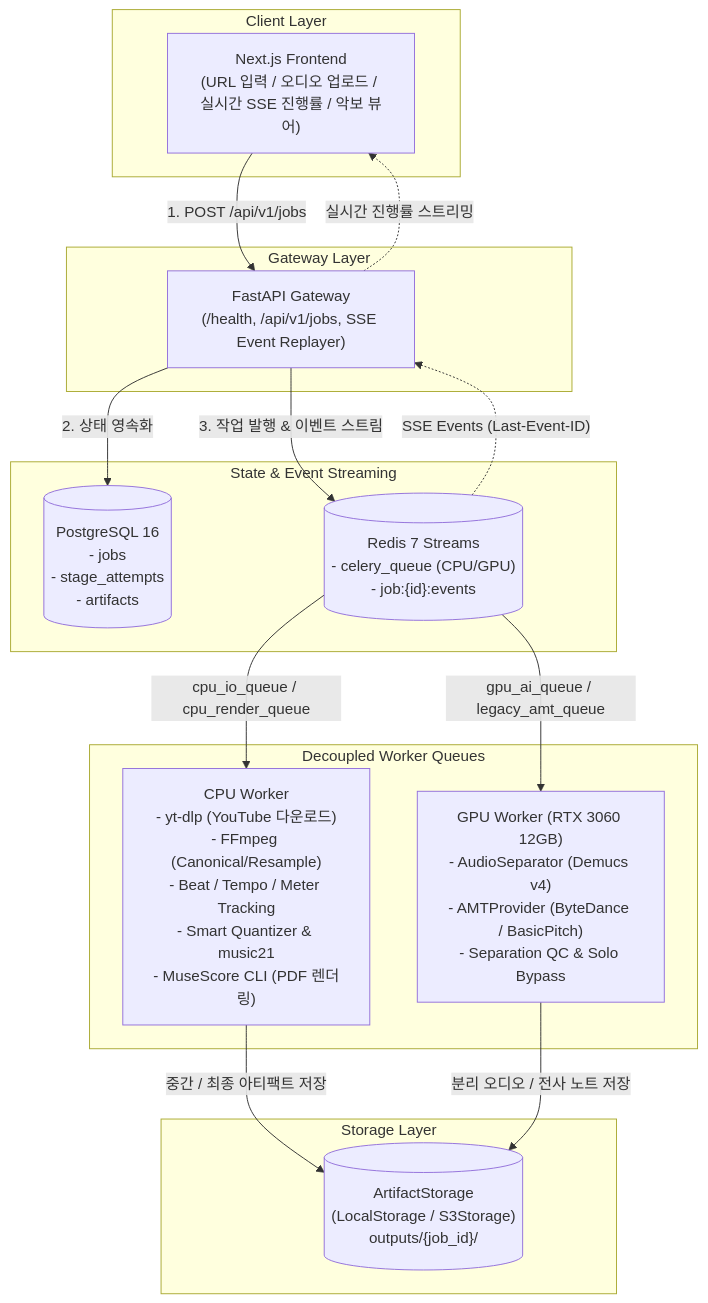
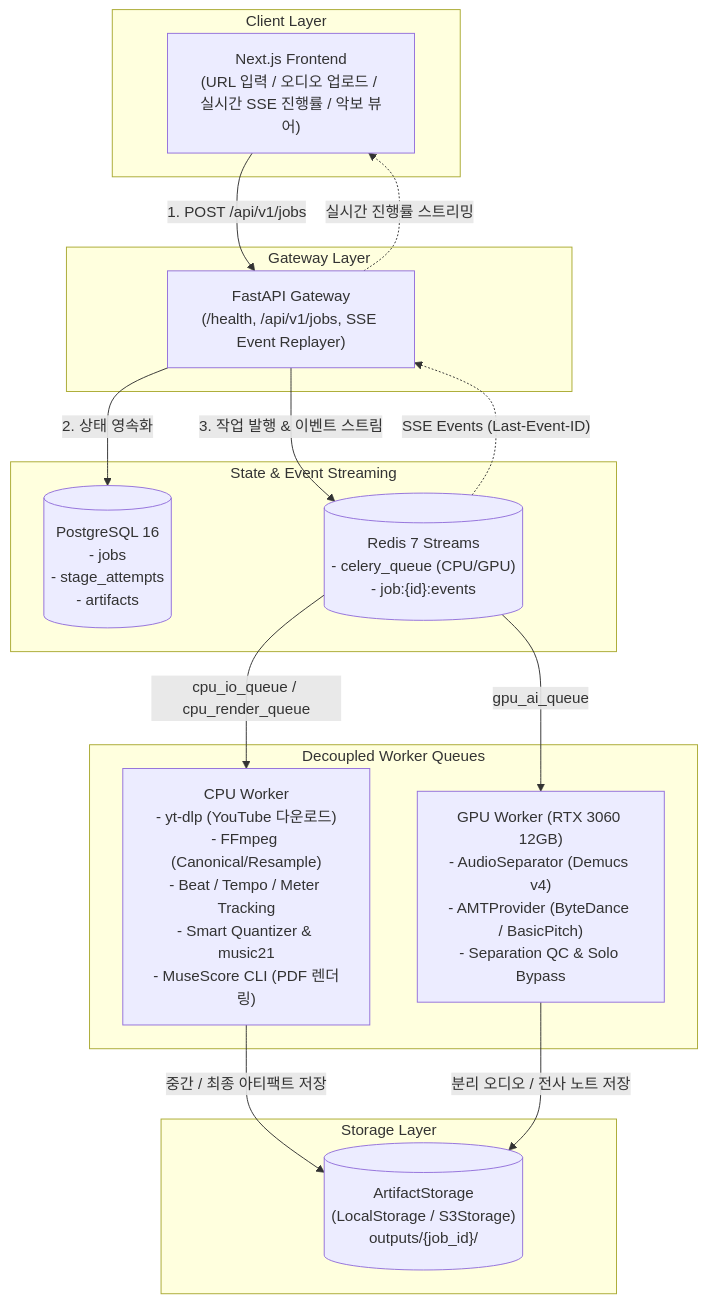
The diagram in README.md (reha-design/MusicSheet), drawn with Mermaid before and after one commit. The commit also changed other lines of this file and 8 other files, not shown here.

Commit message:
refactor(runtime): unify python runtime to 3.12 and remove legacy 3.10 and legacy_amt_queue

````diff
--- a/README.md
+++ b/README.md
@@ -53,36 +53,36 @@
 ```mermaid
 flowchart TD
     subgraph Client ["Client Layer"]
         FE["Next.js Frontend<br/>(URL 입력 / 오디오 업로드 / 실시간 SSE 진행률 / 악보 뷰어)"]
     end
 
     subgraph Gateway ["Gateway Layer"]
         API["FastAPI Gateway<br/>(/health, /api/v1/jobs, SSE Event Replayer)"]
     end
 
     subgraph StateQueue ["State & Event Streaming"]
         DB[("PostgreSQL 16<br/>- jobs<br/>- stage_attempts<br/>- artifacts")]
         REDIS[("Redis 7 Streams<br/>- celery_queue (CPU/GPU)<br/>- job:{id}:events")]
     end
 
     subgraph Workers ["Decoupled Worker Queues"]
         CPU_W["CPU Worker<br/>- yt-dlp (YouTube 다운로드)<br/>- FFmpeg (Canonical/Resample)<br/>- Beat / Tempo / Meter Tracking<br/>- Smart Quantizer & music21<br/>- MuseScore CLI (PDF 렌더링)"]
         GPU_W["GPU Worker (RTX 3060 12GB)<br/>- AudioSeparator (Demucs v4)<br/>- AMTProvider (ByteDance / BasicPitch)<br/>- Separation QC & Solo Bypass"]
     end
 
     subgraph Storage ["Storage Layer"]
         STORAGE[("ArtifactStorage<br/>(LocalStorage / S3Storage)<br/>outputs/{job_id}/")]
     end
 
     FE -->|"1. POST /api/v1/jobs"| API
     API -->|"2. 상태 영속화"| DB
     API -->|"3. 작업 발행 & 이벤트 스트림"| REDIS
     REDIS -.->|"SSE Events (Last-Event-ID)"| API
     API -.->|"실시간 진행률 스트리밍"| FE
 
     REDIS -->|"cpu_io_queue / cpu_render_queue"| CPU_W
-    REDIS -->|"gpu_ai_queue / legacy_amt_queue"| GPU_W
+    REDIS -->|"gpu_ai_queue"| GPU_W
 
     CPU_W -->|"중간 / 최종 아티팩트 저장"| STORAGE
     GPU_W -->|"분리 오디오 / 전사 노트 저장"| STORAGE
 ```
````
